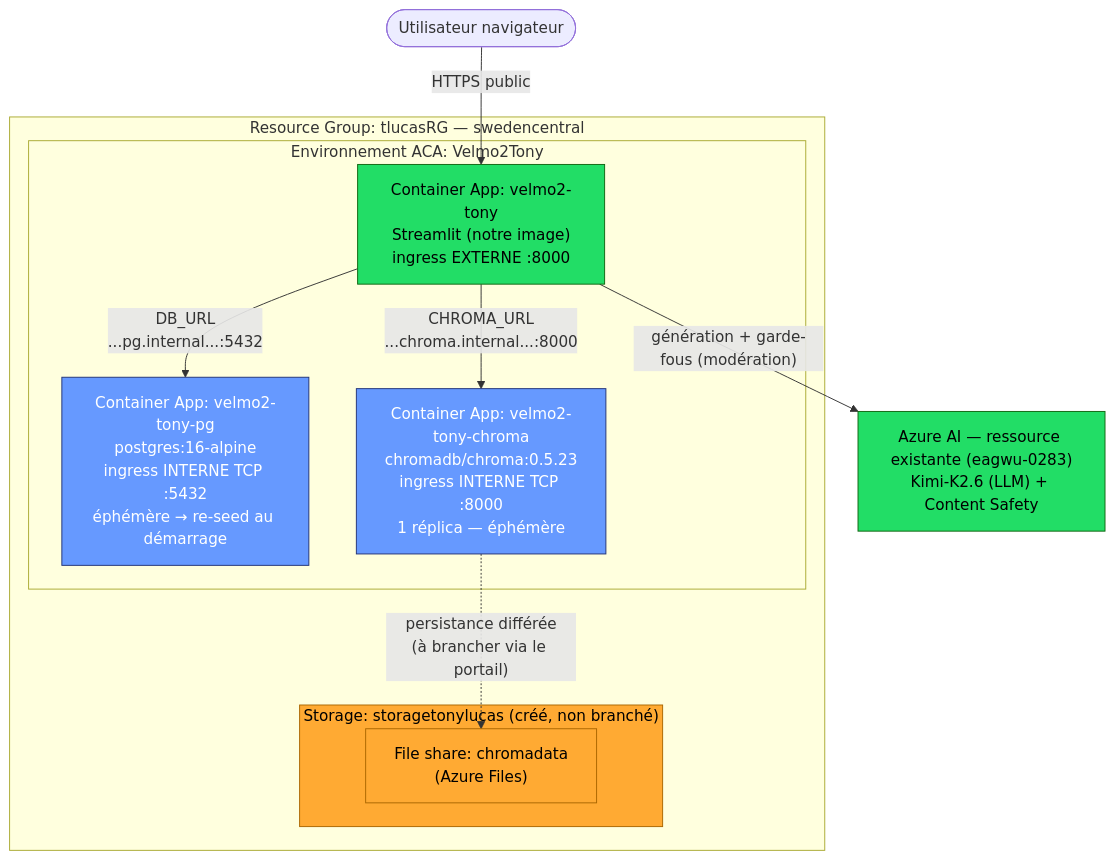
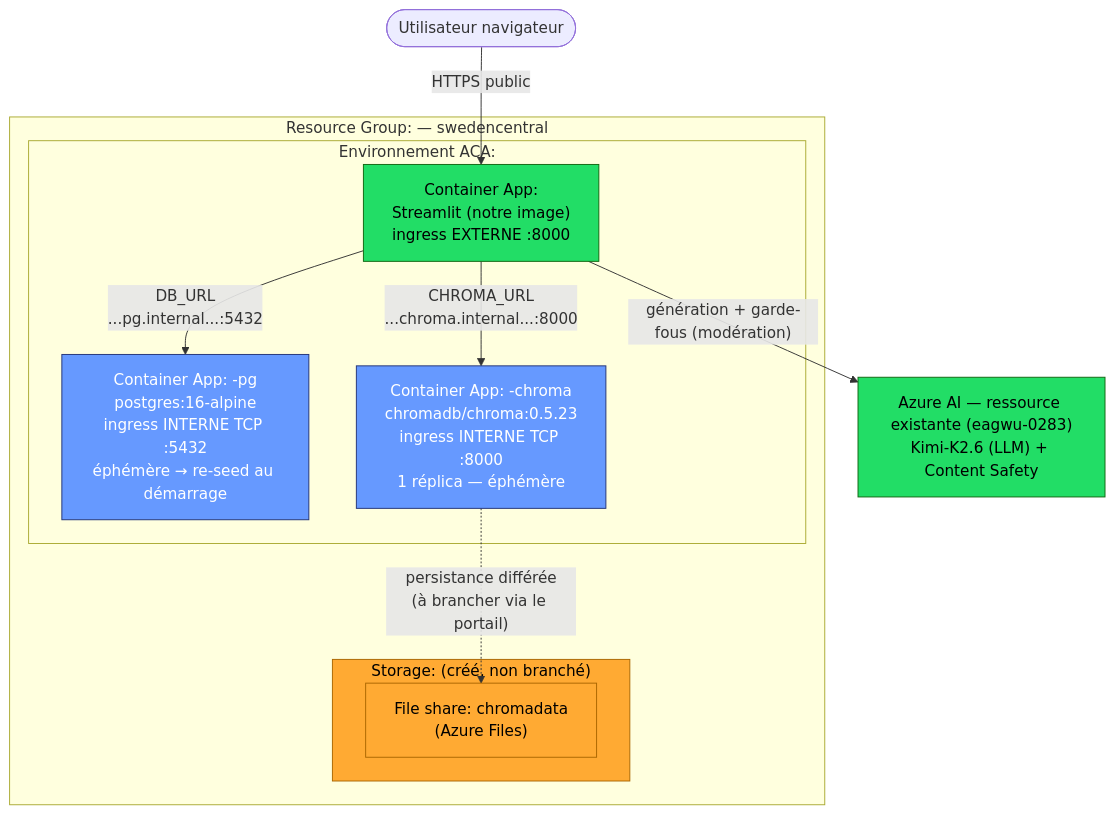
One commit to tonylucas/velmo-v2 changed the diagram in docs/superpowers/specs/2026-07-16-eval-mlops-cicd-design.md. Above: the diagram before and after it, drawn with Mermaid. The commit also changed other lines of this file and 21 other files, not shown here.

````diff
--- a/docs/superpowers/specs/2026-07-16-eval-mlops-cicd-design.md
+++ b/docs/superpowers/specs/2026-07-16-eval-mlops-cicd-design.md
@@ -102,31 +102,31 @@
 ```mermaid
 flowchart TB
     User([Utilisateur navigateur]) -->|HTTPS public| App
 
-    subgraph RG["Resource Group: tlucasRG — swedencentral"]
-        subgraph ENV["Environnement ACA: Velmo2Tony"]
-            App["Container App: velmo2-tony<br/>Streamlit (notre image)<br/>ingress EXTERNE :8000"]
-            PG["Container App: velmo2-tony-pg<br/>postgres:16-alpine<br/>ingress INTERNE TCP :5432<br/>éphémère → re-seed au démarrage"]
-            Chroma["Container App: velmo2-tony-chroma<br/>chromadb/chroma:0.5.23<br/>ingress INTERNE TCP :8000<br/>1 réplica — éphémère"]
+    subgraph RG["Resource Group: <resource-group> — swedencentral"]
+        subgraph ENV["Environnement ACA: <containerapp-env>"]
+            App["Container App: <app-name><br/>Streamlit (notre image)<br/>ingress EXTERNE :8000"]
+            PG["Container App: <app-name>-pg<br/>postgres:16-alpine<br/>ingress INTERNE TCP :5432<br/>éphémère → re-seed au démarrage"]
+            Chroma["Container App: <app-name>-chroma<br/>chromadb/chroma:0.5.23<br/>ingress INTERNE TCP :8000<br/>1 réplica — éphémère"]
         end
 
-        subgraph STG["Storage: storagetonylucas (créé, non branché)"]
+        subgraph STG["Storage: <storage-account> (créé, non branché)"]
             Share["File share: chromadata<br/>(Azure Files)"]
         end
     end
 
     AI["Azure AI — ressource existante (eagwu-0283)<br/>Kimi-K2.6 (LLM) + Content Safety"]
 
     App -->|"DB_URL<br/>...pg.internal...:5432"| PG
     App -->|"CHROMA_URL<br/>...chroma.internal...:8000"| Chroma
     App -->|"génération + garde-fous (modération)"| AI
     Chroma -.->|"persistance différée<br/>(à brancher via le portail)"| Share
 
     classDef ext fill:#2d6,stroke:#161,color:#000
     classDef int fill:#69f,stroke:#237,color:#fff
     classDef store fill:#fa3,stroke:#a60,color:#000
     class App ext
     class PG,Chroma int
     class Share,STG store
     class AI ext
 ```
````
